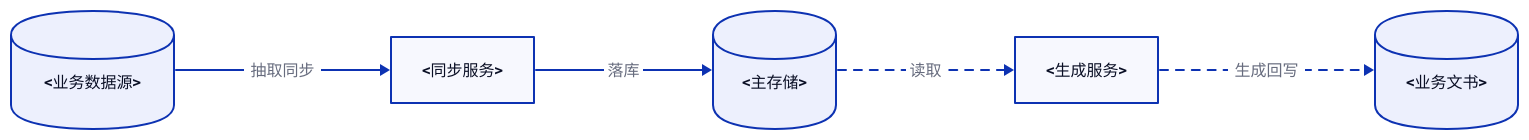
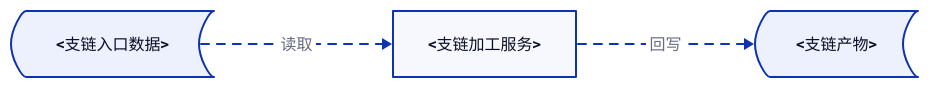
One commit to syllr/skills changed the third of 4 diagrams in skills/doc-arch-rules/references/templates/L2/DATA-ARCHITECTURE.template.md. Above: the diagram before and after it, drawn with D2. The commit also changed other lines of this file and 29 other files, not shown here.

````diff
--- a/skills/doc-arch-rules/references/templates/L2/DATA-ARCHITECTURE.template.md
+++ b/skills/doc-arch-rules/references/templates/L2/DATA-ARCHITECTURE.template.md
@@ -118,17 +177,17 @@
 ```d2
+# 图标准元信息
+# 图名: 数据血缘图——<支链名>（支链下钻）
+# 视角: 数据架构（数据流转与血缘）
+# 说明: 本图为数据血缘图（DFD）支链下钻；主图入口 STORE → 4.2 支链；虚线 = 异步/最终一致
 vars: { d2-config: { layout-engine: elk } }
 direction: right
-DS: <业务数据源> { shape: cylinder }
-SYNC: <同步服务>
-STORE: <主存储> { shape: cylinder }
-GEN: <生成服务>
-DOC: <业务文书> { shape: cylinder }
-DS -> SYNC: 抽取同步
-SYNC -> STORE: 落库
-STORE -> GEN: 读取 {
+BIN: <支链入口数据> { shape: stored_data }
+BPROC: <支链加工服务>
+BOUT: <支链产物> { shape: stored_data }
+BIN -> BPROC: 读取 {
   style.stroke-dash: 4
 }
-GEN -> DOC: 生成回写 {
+BPROC -> BOUT: 回写 {
   style.stroke-dash: 4
 }
 ```
````
